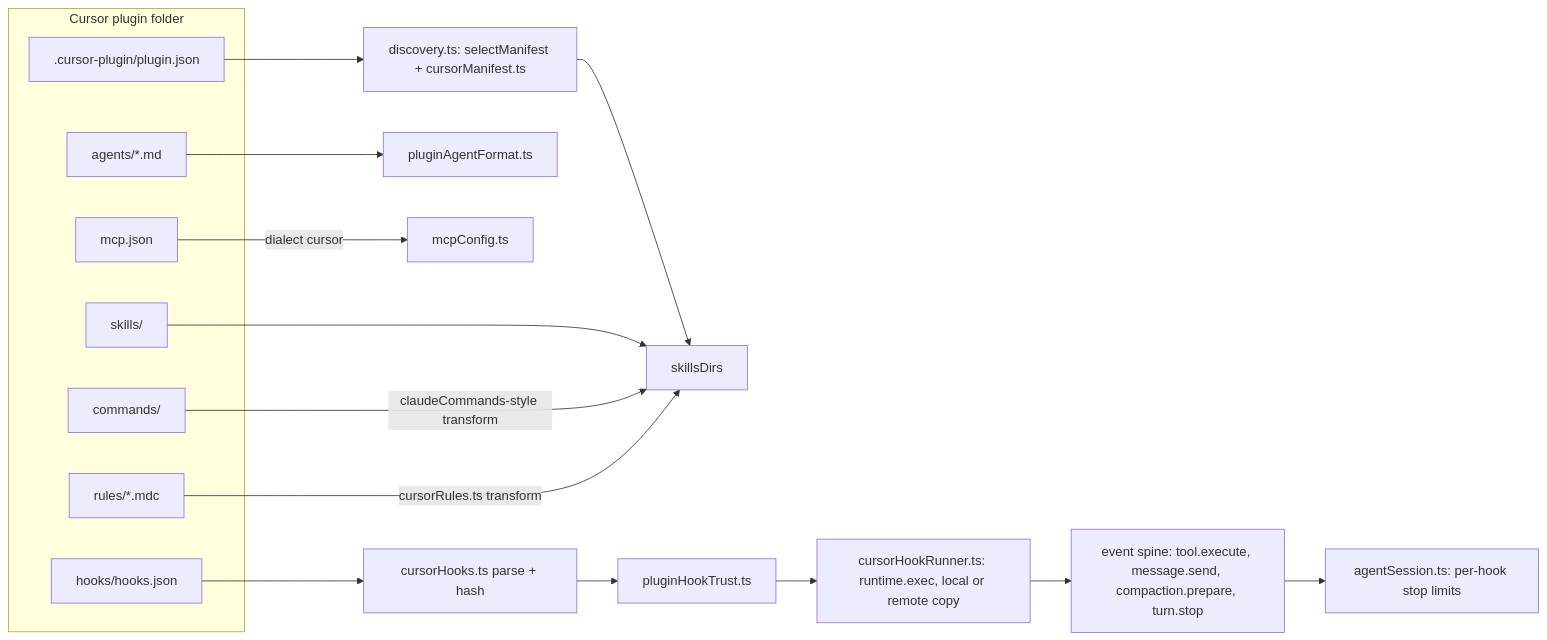
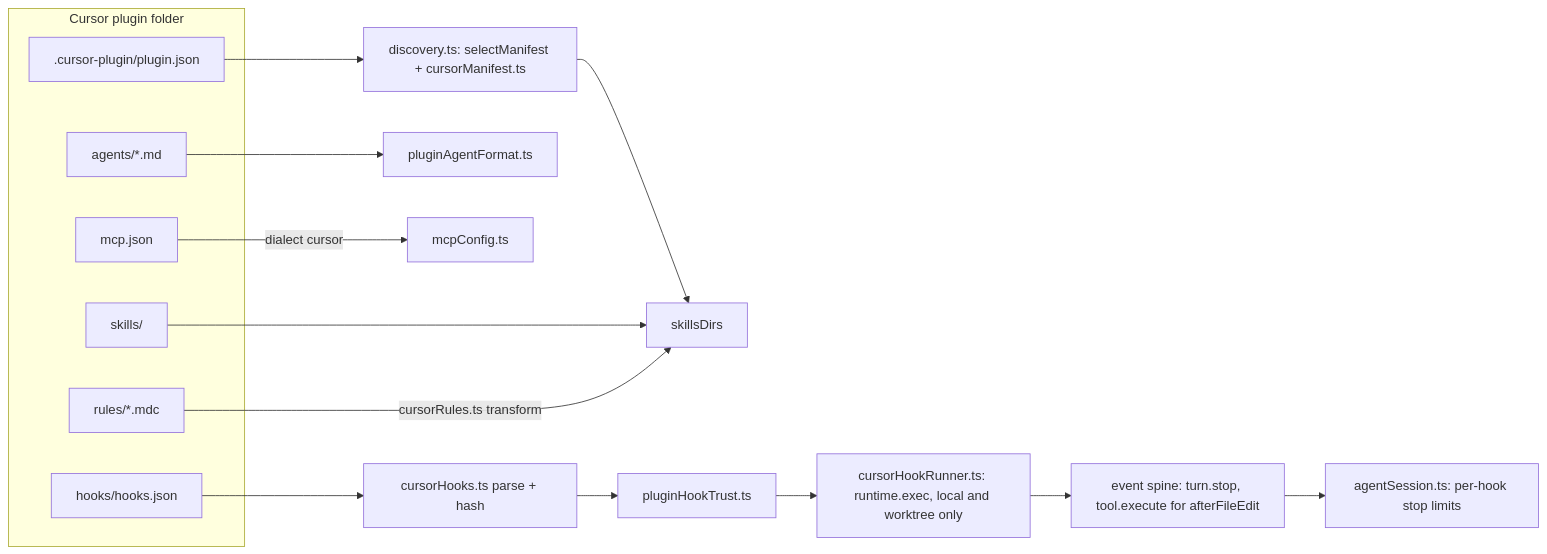
The diagram in rfc/20261030_cursor-plugin-support.md (coder/xum), drawn with Mermaid before and after one commit. The commit also changed other lines of this file, not shown here.

First line of the commit message:
🤖 docs: apply owner decisions from the Cursor plugin RFC review

````diff
--- a/rfc/20261030_cursor-plugin-support.md
+++ b/rfc/20261030_cursor-plugin-support.md
@@ -280,24 +291,22 @@
 ```mermaid
 flowchart LR
   subgraph Cursor plugin folder
     M[.cursor-plugin/plugin.json]
     SK[skills/]
-    CM[commands/]
     RU[rules/*.mdc]
     AG[agents/*.md]
     MC[mcp.json]
     HK[hooks/hooks.json]
   end
   M --> D[discovery.ts: selectManifest + cursorManifest.ts]
   D --> SKD[skillsDirs]
   SK --> SKD
-  CM -->|claudeCommands-style transform| SKD
   RU -->|cursorRules.ts transform| SKD
   AG --> PAF[pluginAgentFormat.ts]
   MC -->|dialect cursor| MCP[mcpConfig.ts]
   HK --> CH[cursorHooks.ts parse + hash]
   CH --> TR[pluginHookTrust.ts]
-  TR --> RUN[cursorHookRunner.ts: runtime.exec, local or remote copy]
-  RUN --> SP[event spine: tool.execute, message.send, compaction.prepare, turn.stop]
+  TR --> RUN[cursorHookRunner.ts: runtime.exec, local and worktree only]
+  RUN --> SP[event spine: turn.stop, tool.execute for afterFileEdit]
   SP --> AS[agentSession.ts: per-hook stop limits]
 ```
````
